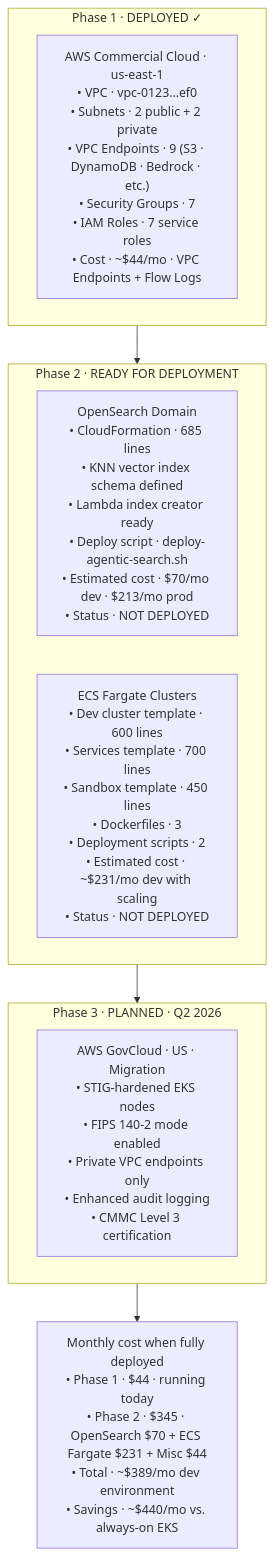
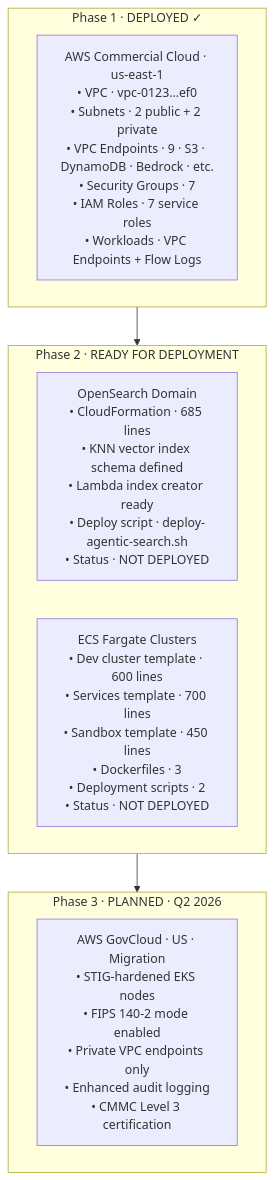
Diagram 11 of 11 in docs/SYSTEM_ARCHITECTURE.md (aenealabs/aura), drawn with Mermaid before and after one commit. The commit also changed other lines of this file, not shown here.

````diff
--- a/docs/SYSTEM_ARCHITECTURE.md
+++ b/docs/SYSTEM_ARCHITECTURE.md
@@ -596,19 +596,17 @@
 ```mermaid
 flowchart TD
     subgraph P1["Phase 1 · DEPLOYED ✓"]
-        P1B["AWS Commercial Cloud · us-east-1<br/>• VPC · vpc-0123…ef0<br/>• Subnets · 2 public + 2 private<br/>• VPC Endpoints · 9 (S3 · DynamoDB · Bedrock · etc.)<br/>• Security Groups · 7<br/>• IAM Roles · 7 service roles<br/>• Cost · ~$44/mo · VPC Endpoints + Flow Logs"]
+        P1B["AWS Commercial Cloud · us-east-1<br/>• VPC · vpc-0123…ef0<br/>• Subnets · 2 public + 2 private<br/>• VPC Endpoints · 9 · S3 · DynamoDB · Bedrock · etc.<br/>• Security Groups · 7<br/>• IAM Roles · 7 service roles<br/>• Workloads · VPC Endpoints + Flow Logs"]
     end
 
     subgraph P2["Phase 2 · READY FOR DEPLOYMENT"]
-        OS["OpenSearch Domain<br/>• CloudFormation · 685 lines<br/>• KNN vector index schema defined<br/>• Lambda index creator ready<br/>• Deploy script · deploy-agentic-search.sh<br/>• Estimated cost · $70/mo dev · $213/mo prod<br/>• Status · NOT DEPLOYED"]
-        ECS["ECS Fargate Clusters<br/>• Dev cluster template · 600 lines<br/>• Services template · 700 lines<br/>• Sandbox template · 450 lines<br/>• Dockerfiles · 3<br/>• Deployment scripts · 2<br/>• Estimated cost · ~$231/mo dev with scaling<br/>• Status · NOT DEPLOYED"]
+        OS["OpenSearch Domain<br/>• CloudFormation · 685 lines<br/>• KNN vector index schema defined<br/>• Lambda index creator ready<br/>• Deploy script · deploy-agentic-search.sh<br/>• Status · NOT DEPLOYED"]
+        ECS["ECS Fargate Clusters<br/>• Dev cluster template · 600 lines<br/>• Services template · 700 lines<br/>• Sandbox template · 450 lines<br/>• Dockerfiles · 3<br/>• Deployment scripts · 2<br/>• Status · NOT DEPLOYED"]
     end
 
     subgraph P3["Phase 3 · PLANNED · Q2 2026"]
         GC["AWS GovCloud · US · Migration<br/>• STIG-hardened EKS nodes<br/>• FIPS 140-2 mode enabled<br/>• Private VPC endpoints only<br/>• Enhanced audit logging<br/>• CMMC Level 3 certification"]
     end
 
-    Cost["Monthly cost when fully deployed<br/>• Phase 1 · $44 · running today<br/>• Phase 2 · $345 · OpenSearch $70 + ECS Fargate $231 + Misc $44<br/>• Total · ~$389/mo dev environment<br/>• Savings · ~$440/mo vs. always-on EKS"]
-
-    P1 --> P2 --> P3 --> Cost
+    P1 --> P2 --> P3
 ```
````
